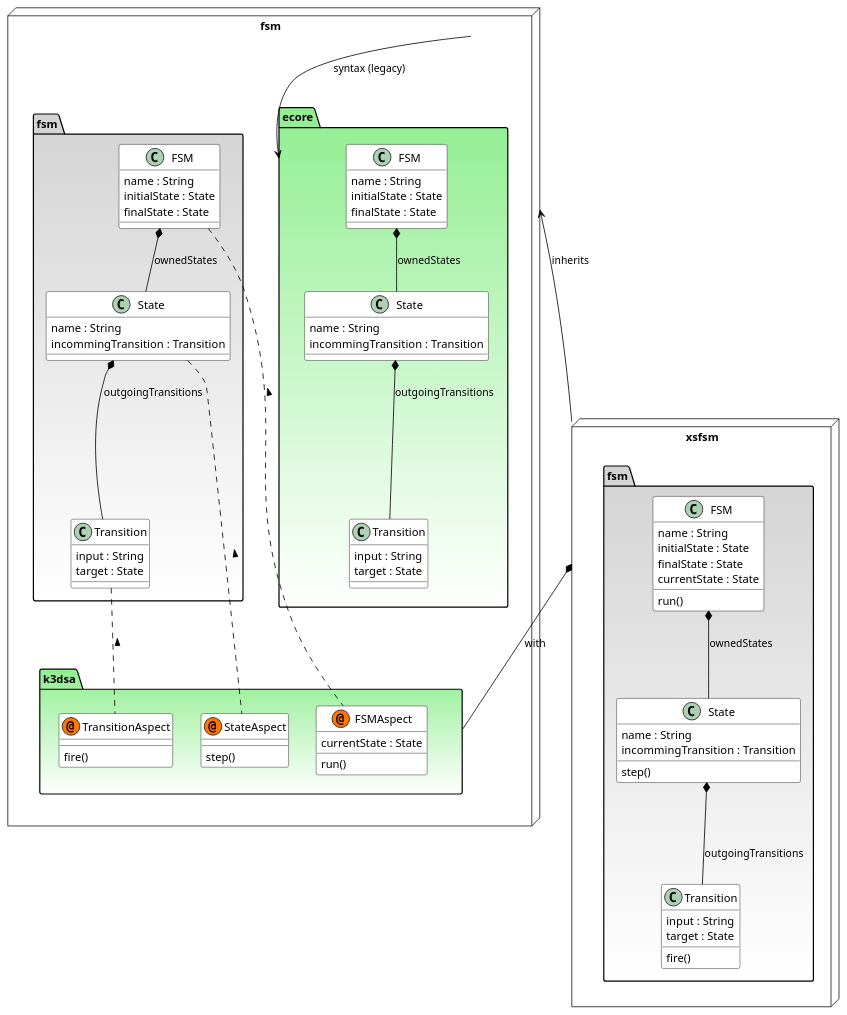
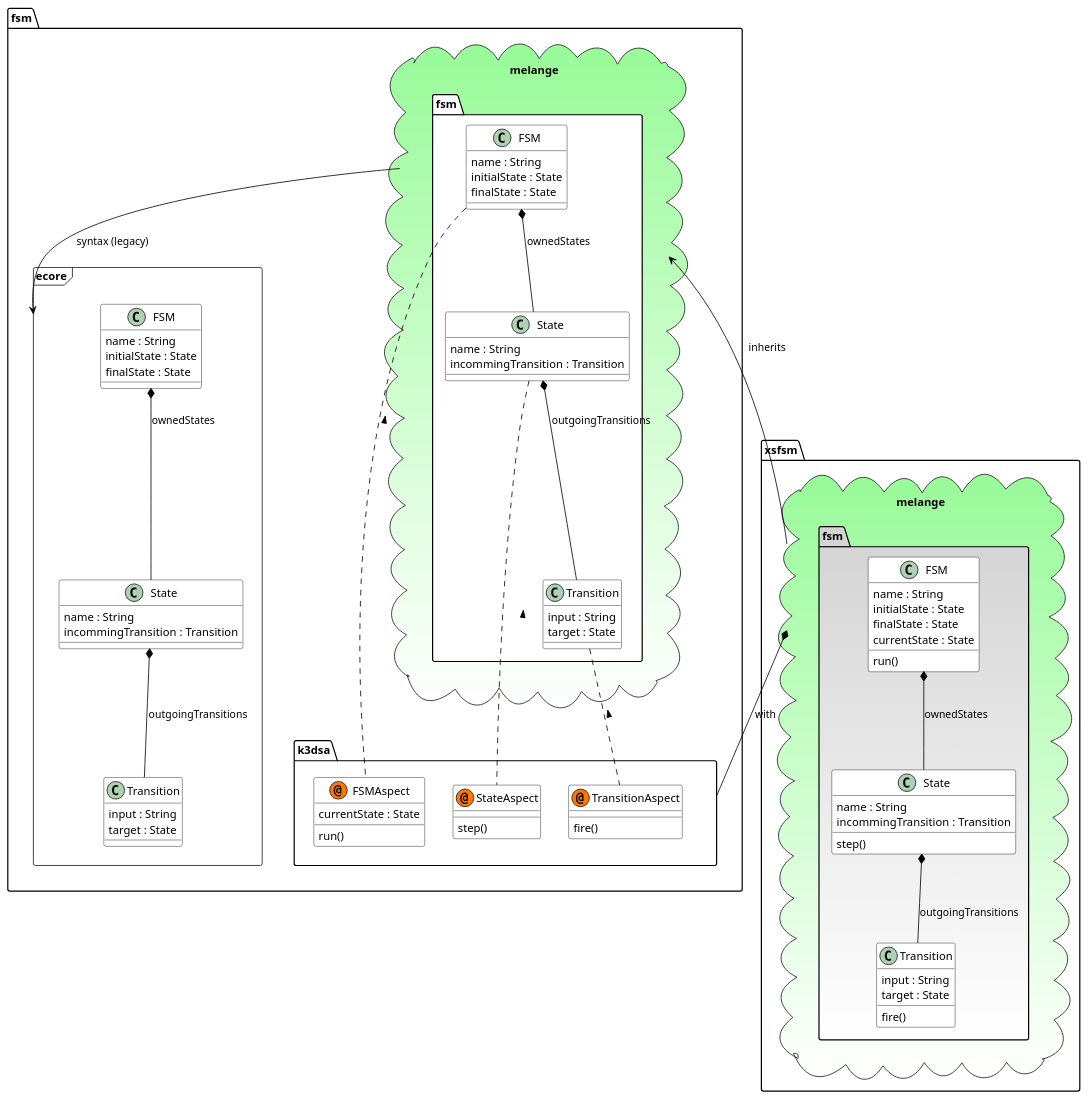
One commit to gemoc/gemoc-studio-old changed the diagram in official_samples/sample.deployers/plugins/org.gemoc.gemoc_language_workbench.sample.deployer/src/main/plantuml/LegacyFSM_language_figure.plantuml. Above: the diagram before and after it, drawn with PlantUML. The commit also changed 4 other files, not shown here.

Commit message:
improved documentation figures for LegacyFSM

```diff
--- a/official_samples/sample.deployers/plugins/org.gemoc.gemoc_language_workbench.sample.deployer/src/main/plantuml/LegacyFSM_language_figure.plantuml
+++ b/official_samples/sample.deployers/plugins/org.gemoc.gemoc_language_workbench.sample.deployer/src/main/plantuml/LegacyFSM_language_figure.plantuml
@@ -1,91 +1,91 @@
 @startuml
 hide stereotype  
 skinparam class {
 	BackgroundColor White
 	ArrowColor Black
 	BorderColor Black
 }
 
-namespace fsm.ecore #LightGreen-white {
+namespace fsm.ecore <<Frame>>  {
   class FSM {
     name : String
     initialState : State
     finalState : State
   }
   class State{
     name : String
     incommingTransition : Transition
   }
 	class Transition{
 		input : String
 		target : State
 	}
 	FSM *-- State : ownedStates
 	State *-- Transition : outgoingTransitions
 }
 
-namespace fsm <<Node>> {
-	namespace fsm #LightGray-white {
+namespace fsm.melange <<Cloud>> #PaleGreen-white {
+	namespace fsm  #white {
 	  class FSM {
 	    name : String
 	    initialState : State
 	    finalState : State
 	  }
 	  class State{
 	    name : String
 	    incommingTransition : Transition
 	  }
 		class Transition{
 			input : String
 			target : State
 		}
 		FSM *-- State : ownedStates
 		State *-- Transition : outgoingTransitions
 	}
 }
 
-namespace fsm.k3dsa  #LightGreen-white {
+namespace fsm.k3dsa   {
     class FSMAspect << (@,#FF7700) Aspect >>{
 	    currentState : State
 	    run()
 	}
 	class StateAspect << (@,#FF7700) Aspect >>{
 	    step()
 	}
 	class TransitionAspect << (@,#FF7700) Aspect >>{
 	    fire()
 	}
 }
 
-fsm.fsm.FSM .. fsm.k3dsa.FSMAspect  : <
-fsm.fsm.State .. fsm.k3dsa.StateAspect  : <
-fsm.fsm.Transition .. fsm.k3dsa.TransitionAspect  : <
+fsm.melange.fsm.FSM .. fsm.k3dsa.FSMAspect  : <
+fsm.melange.fsm.State .. fsm.k3dsa.StateAspect  : <
+fsm.melange.fsm.Transition .. fsm.k3dsa.TransitionAspect  : <
 
-namespace xsfsm <<Node>> {
+namespace xsfsm.melange <<Cloud>> #PaleGreen-white {
 	namespace fsm  #LightGray-white {
 	  class FSM {
 	    name : String
 	    initialState : State
 	    finalState : State
 	    currentState : State
 	    run()
 	  }
 	  class State{
 	    name : String
 	    incommingTransition : Transition
 	    step()
 	  }
 	  class Transition{
 	    input : String
 	    target : State
 	    fire()
 	  }
 	  FSM *-- State : ownedStates
 	  State *-- Transition : outgoingTransitions
 	}
 }
 
-fsm --> fsm.ecore : syntax (legacy)
-fsm <-- xsfsm : inherits
-xsfsm *-- fsm.k3dsa : with
+fsm.melange --> fsm.ecore : syntax (legacy)
+fsm.melange <-- xsfsm.melange : inherits
+xsfsm.melange *-- fsm.k3dsa : with
 @enduml
```
